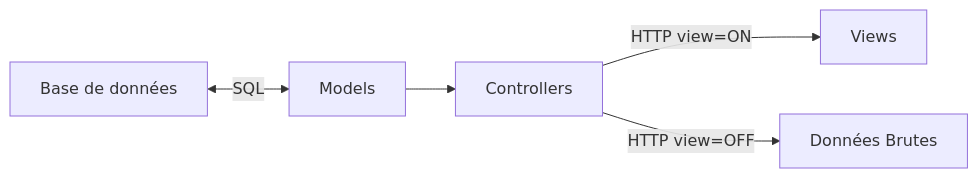
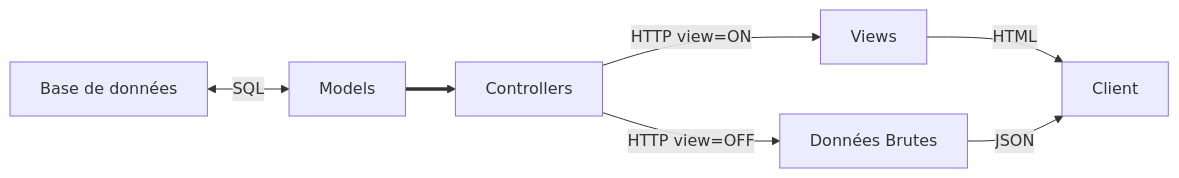
Before and after one commit to FloRobart/Econoris_server: the diagram in README.md, drawn with Mermaid.

````diff
--- a/README.md
+++ b/README.md
@@ -27,8 +27,10 @@
 ```mermaid
 flowchart LR
 
 A[Base de données] <-->|SQL| B[Models]
-B --> C[Controllers]
+B ==> C[Controllers]
 C -->|HTTP view=ON| D[Views]
 C -->|HTTP view=OFF| E[Données Brutes]
+D -->|HTML| F[Client]
+E -->|JSON| F
 ```
````
